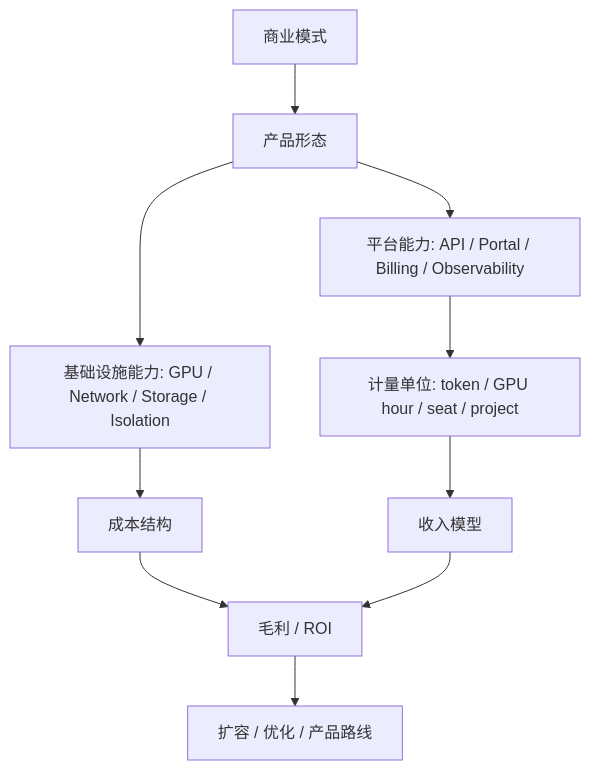
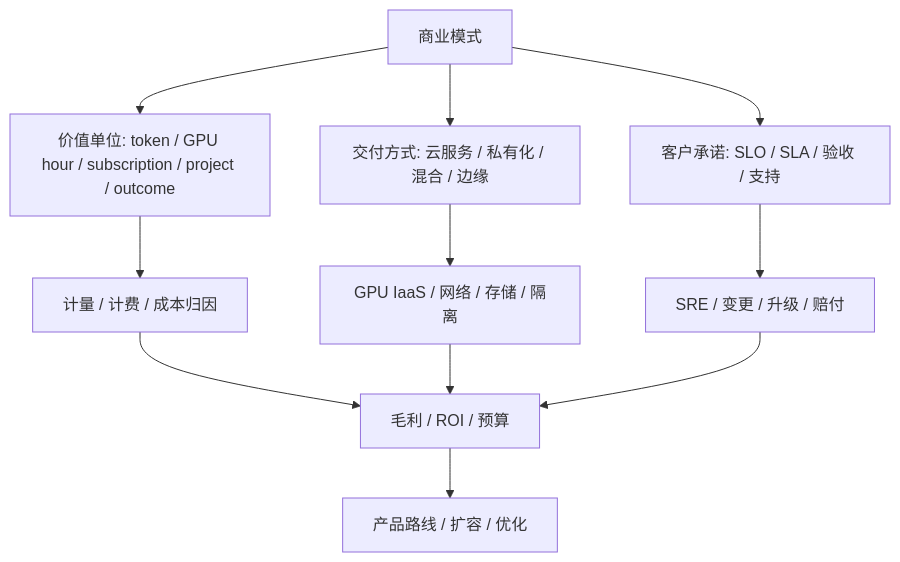
Before and after one commit to ikingye/ai-factory-engineering: the diagram in docs/part-10-economics-cases/chapter-42-business-models.md, drawn with Mermaid. The commit also changed other lines of this file and 3 other files, not shown here.

````diff
--- a/docs/part-10-economics-cases/chapter-42-business-models.md
+++ b/docs/part-10-economics-cases/chapter-42-business-models.md
@@ -23,12 +45,13 @@
 ```mermaid
 flowchart TB
-  Business["商业模式"] --> Product["产品形态"]
-  Product --> Platform["平台能力: API / Portal / Billing / Observability"]
-  Product --> Infra["基础设施能力: GPU / Network / Storage / Isolation"]
-  Platform --> Unit["计量单位: token / GPU hour / seat / project"]
-  Infra --> Cost["成本结构"]
-  Unit --> Revenue["收入模型"]
-  Cost --> Margin["毛利 / ROI"]
-  Revenue --> Margin
-  Margin --> Roadmap["扩容 / 优化 / 产品路线"]
+  Model["商业模式"] --> Unit["价值单位: token / GPU hour / subscription / project / outcome"]
+  Unit --> Metering["计量 / 计费 / 成本归因"]
+  Model --> Promise["客户承诺: SLO / SLA / 验收 / 支持"]
+  Promise --> Ops["SRE / 变更 / 升级 / 赔付"]
+  Model --> Delivery["交付方式: 云服务 / 私有化 / 混合 / 边缘"]
+  Delivery --> Infra["GPU IaaS / 网络 / 存储 / 隔离"]
+  Metering --> Economics["毛利 / ROI / 预算"]
+  Infra --> Economics
+  Ops --> Economics
+  Economics --> Roadmap["产品路线 / 扩容 / 优化"]
 ```
````
